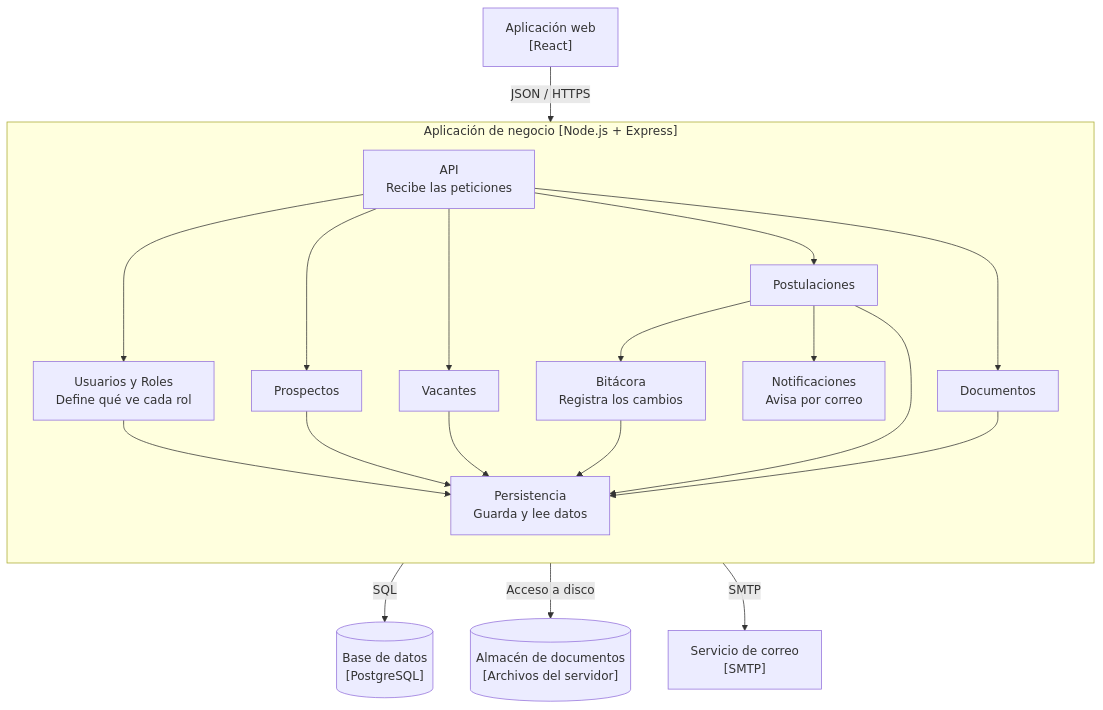
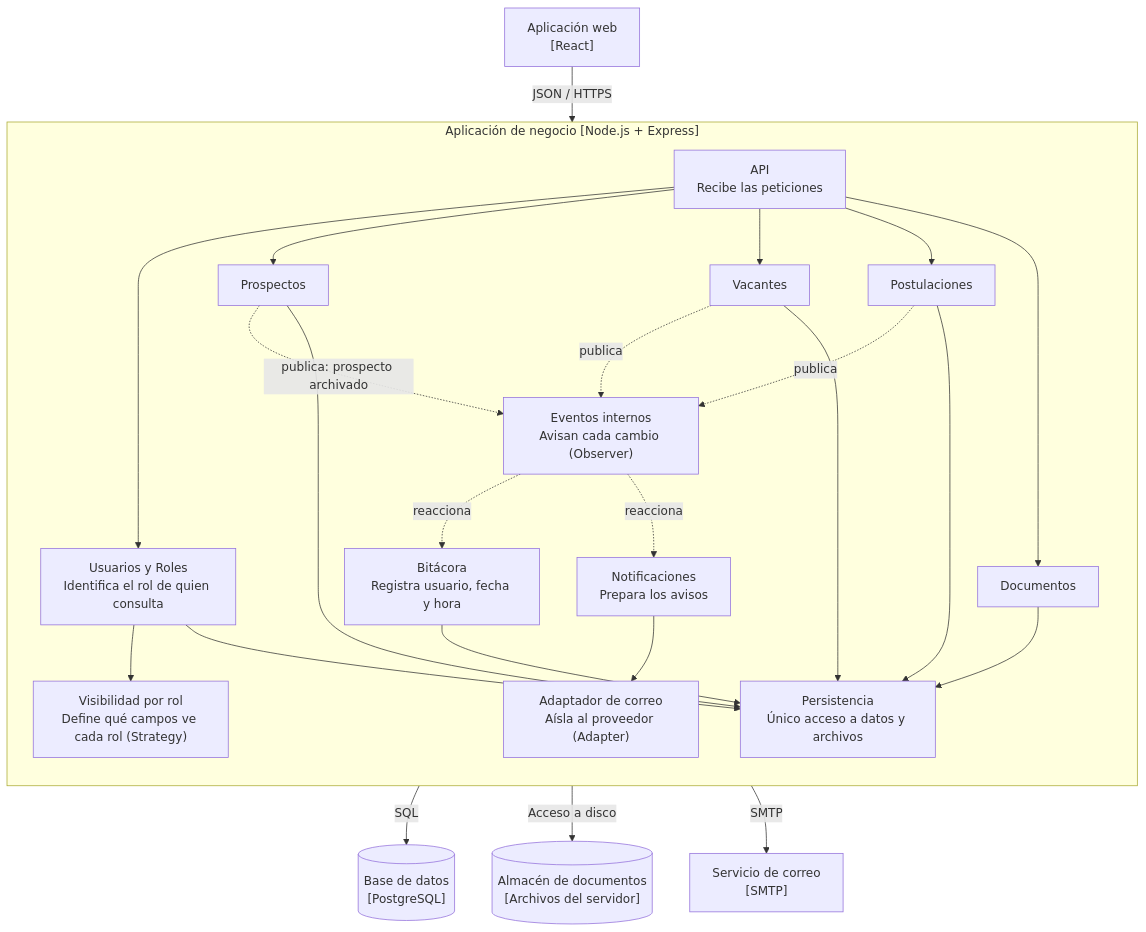
Before and after one commit to EliasGC06/Mi-proyecto-ing.software: the third of 7 diagrams in docs/arch/diagramas.md, drawn with Mermaid. The commit also changed other lines of this file, not shown here.

First line of the commit message:
Enhance diagrams with new details and corrections

````diff
--- a/docs/arch/diagramas.md
+++ b/docs/arch/diagramas.md
@@ -51,38 +51,49 @@
 ```mermaid
 flowchart TB
     spa["Aplicación web<br/>[React]"]
     bd[("Base de datos<br/>[PostgreSQL]")]
     archivos[("Almacén de documentos<br/>[Archivos del servidor]")]
     correo["Servicio de correo<br/>[SMTP]"]
- 
+
     subgraph api["Aplicación de negocio [Node.js + Express]"]
         direction TB
         ctrl["API<br/>Recibe las peticiones"]
-        usr["Usuarios y Roles<br/>Define qué ve cada rol"]
+        usr["Usuarios y Roles<br/>Identifica el rol de quien consulta"]
+        vis["Visibilidad por rol<br/>Define qué campos ve cada rol (Strategy)"]
         pros["Prospectos"]
         vac["Vacantes"]
         post["Postulaciones"]
         docs["Documentos"]
-        bit["Bitácora<br/>Registra los cambios"]
-        notif["Notificaciones<br/>Avisa por correo"]
-        repo["Persistencia<br/>Guarda y lee datos"]
+        ev["Eventos internos<br/>Avisan cada cambio (Observer)"]
+        bit["Bitácora<br/>Registra usuario, fecha y hora"]
+        notif["Notificaciones<br/>Prepara los avisos"]
+        mail["Adaptador de correo<br/>Aísla al proveedor (Adapter)"]
+        repo["Persistencia<br/>Único acceso a datos y archivos"]
     end
- 
+
     spa -->|"JSON / HTTPS"| ctrl
     ctrl --> usr
     ctrl --> pros
     ctrl --> vac
     ctrl --> post
     ctrl --> docs
-    post --> bit
-    post --> notif
+    usr --> vis
+
+    pros -.->|"publica: prospecto archivado"| ev
+    vac -.->|"publica"| ev
+    post -.->|"publica"| ev
+    ev -.->|"reacciona"| bit
+    ev -.->|"reacciona"| notif
+    notif --> mail
+
     pros --> repo
     vac --> repo
     post --> repo
     docs --> repo
     bit --> repo
     usr --> repo
+
     repo -->|"SQL"| bd
     repo -->|"Acceso a disco"| archivos
-    notif -->|"SMTP"| correo
+    mail -->|"SMTP"| correo
 ```
````
